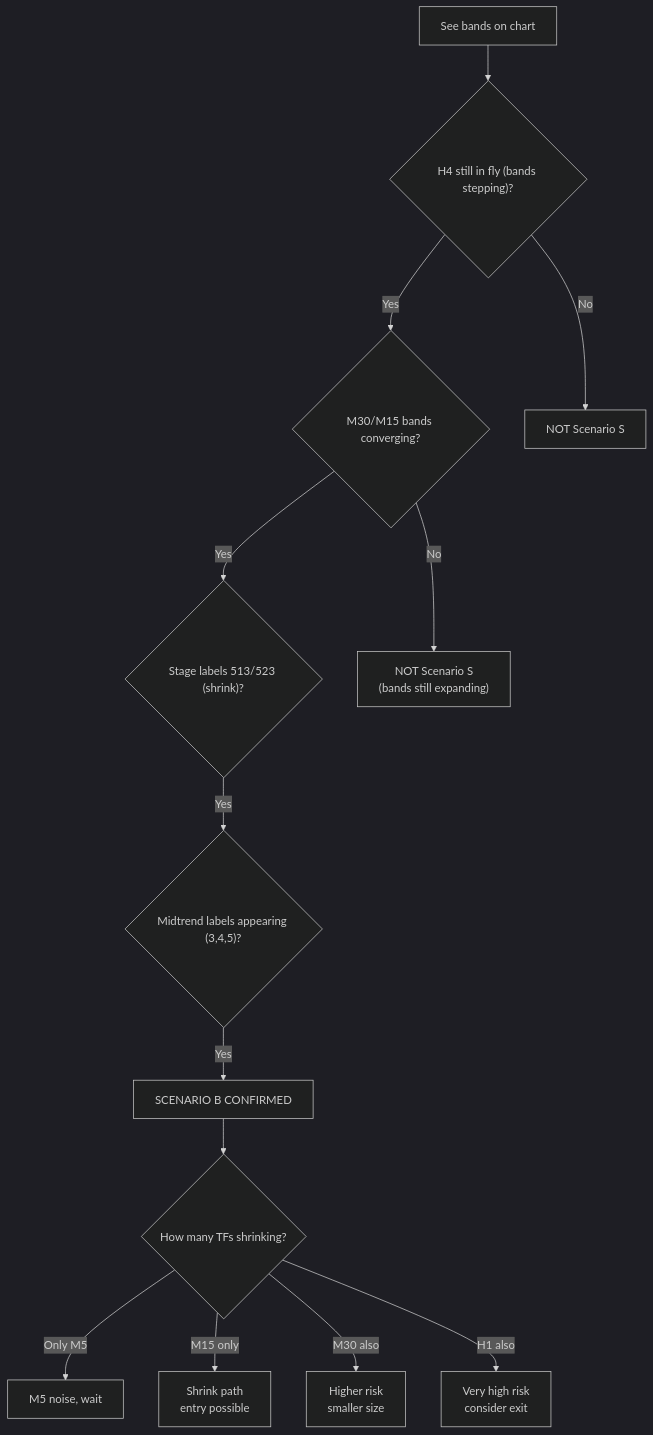
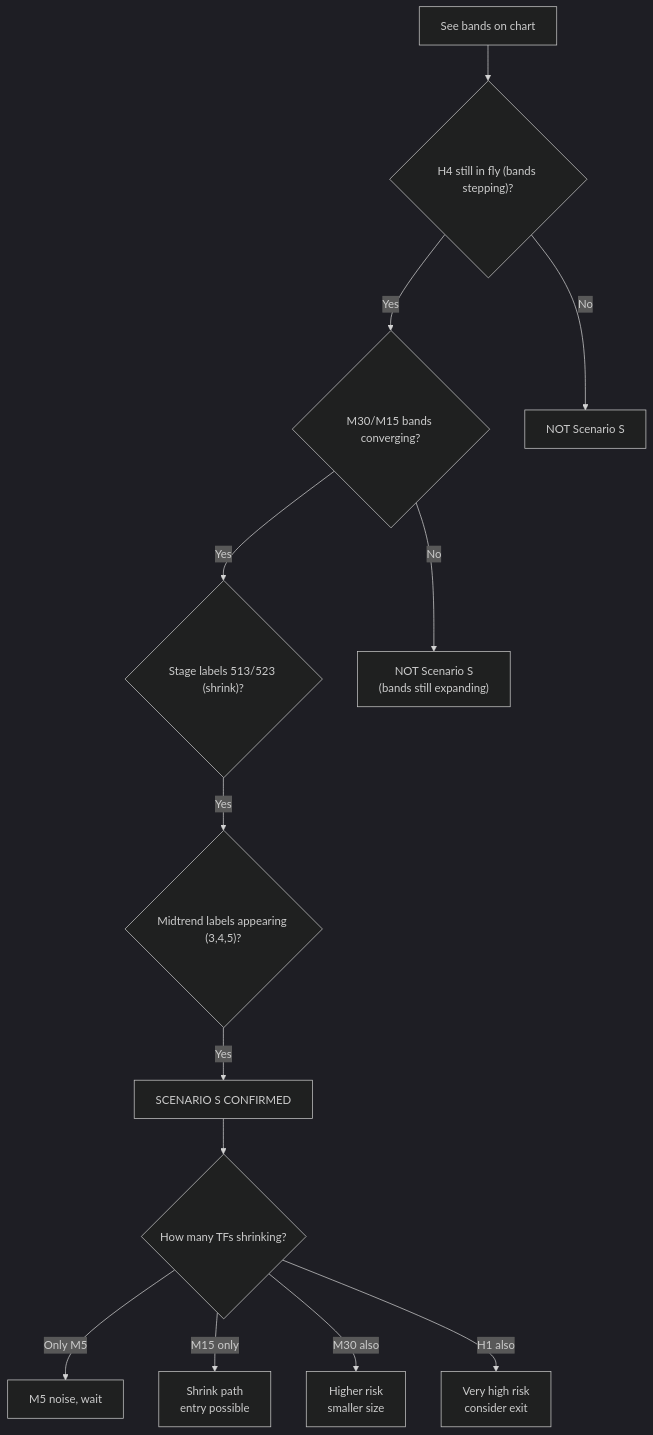
The seventh of 17 diagrams in references/backtest_chart_analysis.md (Terrypang89/BB_MTF_M15_STRATEGY), drawn with Mermaid (dark theme) before and after one commit. The commit also changed other lines of this file, not shown here.

First line of the commit message:
Complete scenario remap in backtest_chart_analysis.md

````diff
--- a/references/backtest_chart_analysis.md
+++ b/references/backtest_chart_analysis.md
@@ -1767,15 +1767,15 @@
 ```mermaid
 flowchart TD
     A["See bands on chart"] --> B{"H4 still in fly (bands stepping)?"}
     B -->|Yes| C{"M30/M15 bands converging?"}
     C -->|Yes| D{"Stage labels 513/523 (shrink)?"}
     D -->|Yes| E{"Midtrend labels appearing (3,4,5)?"}
-    E -->|Yes| F["SCENARIO B CONFIRMED"]
+    E -->|Yes| F["SCENARIO S CONFIRMED"]
     F --> G{"How many TFs shrinking?"}
     G -->|Only M5| H["M5 noise, wait"]
     G -->|M15 only| I["Shrink path\nentry possible"]
     G -->|M30 also| J["Higher risk\nsmaller size"]
     G -->|H1 also| K["Very high risk\nconsider exit"]
     C -->|No| L["NOT Scenario S\n(bands still expanding)"]
     B -->|No| M["NOT Scenario S"]
 ```
````
